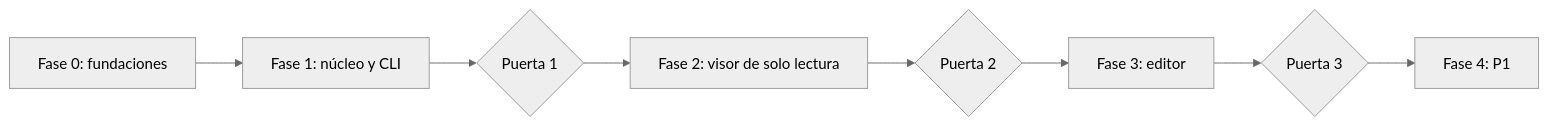
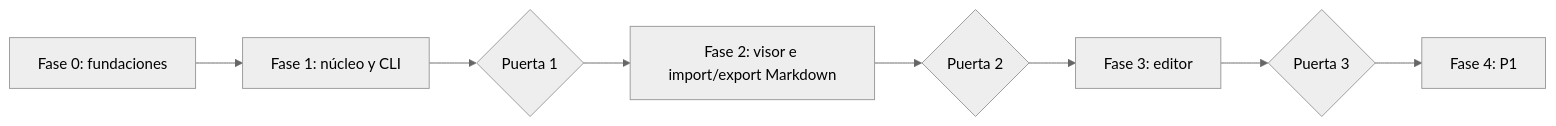
One commit to antonioaren/gaveta changed the first of 3 diagrams in docs/TASKS.md. Above: the diagram before and after it, drawn with Mermaid (neutral theme). The commit also changed other lines of this file and 3 other files, not shown here.

Commit message:
docs: add Markdown import/export (file or folder) to PRD, requirements and tasks

````diff
--- a/docs/TASKS.md
+++ b/docs/TASKS.md
@@ -13,10 +13,10 @@
 ```mermaid
 flowchart LR
   F0["Fase 0: fundaciones"] --> F1["Fase 1: núcleo y CLI"]
   F1 --> G1{"Puerta 1"}
-  G1 --> F2["Fase 2: visor de solo lectura"]
+  G1 --> F2["Fase 2: visor e import/export Markdown"]
   F2 --> G2{"Puerta 2"}
   G2 --> F3["Fase 3: editor"]
   F3 --> G3{"Puerta 3"}
   G3 --> F4["Fase 4: P1"]
 ```
````
